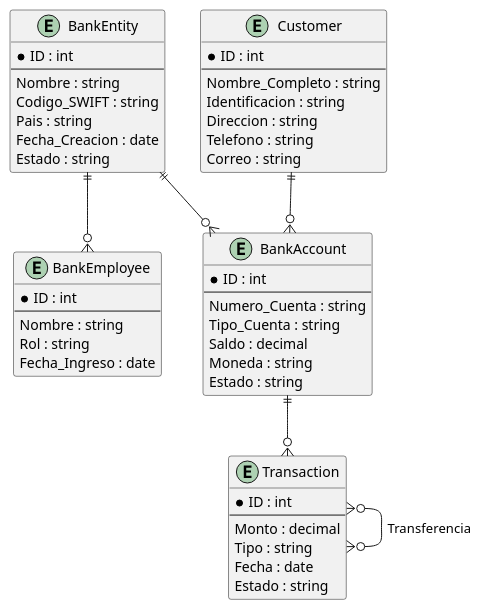
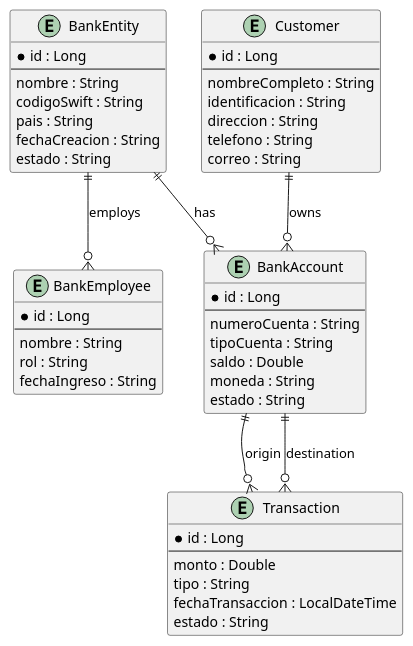
The diagram in doc/der.plantuml (fabianaguero/mark), drawn with PlantUML before and after one commit.

```diff
--- a/doc/der.plantuml
+++ b/doc/der.plantuml
@@ -1,54 +1,57 @@
 @startuml
-entity "BankEntity" as BE {
-  *ID : int
+
+entity "BankEntity" as BankEntity {
+  *id : Long
   --
-  Nombre : string
-  Codigo_SWIFT : string
-  Pais : string
-  Fecha_Creacion : date
-  Estado : string
+  nombre : String
+  codigoSwift : String
+  pais : String
+  fechaCreacion : String
+  estado : String
 }
 
-entity "BankAccount" as BA {
-  *ID : int
+entity "BankAccount" as BankAccount {
+  *id : Long
   --
-  Numero_Cuenta : string
-  Tipo_Cuenta : string
-  Saldo : decimal
-  Moneda : string
-  Estado : string
+  numeroCuenta : String
+  tipoCuenta : String
+  saldo : Double
+  moneda : String
+  estado : String
 }
 
-entity "Customer" as C {
-  *ID : int
+entity "Transaction" as Transaction {
+  *id : Long
   --
-  Nombre_Completo : string
-  Identificacion : string
-  Direccion : string
-  Telefono : string
-  Correo : string
+  monto : Double
+  tipo : String
+  fechaTransaccion : LocalDateTime
+  estado : String
 }
 
-entity "Transaction" as T {
-  *ID : int
+entity "BankEmployee" as BankEmployee {
+  *id : Long
   --
-  Monto : decimal
-  Tipo : string
-  Fecha : date
-  Estado : string
+  nombre : String
+  rol : String
+  fechaIngreso : String
 }
 
-entity "BankEmployee" as BEmp {
-  *ID : int
+entity "Customer" as Customer {
+  *id : Long
   --
-  Nombre : string
-  Rol : string
-  Fecha_Ingreso : date
+  nombreCompleto : String
+  identificacion : String
+  direccion : String
+  telefono : String
+  correo : String
 }
 
-BE ||--o{ BA
-C ||--o{ BA
-BA ||--o{ T
-BE ||--o{ BEmp
-T }o--o{ T : "Transferencia"
+' Relaciones
+BankEntity ||--o{ BankAccount : "has"
+BankEntity ||--o{ BankEmployee : "employs"
+Customer ||--o{ BankAccount : "owns"
+BankAccount ||--o{ Transaction : "origin"
+BankAccount ||--o{ Transaction : "destination"
+
 @enduml
```
